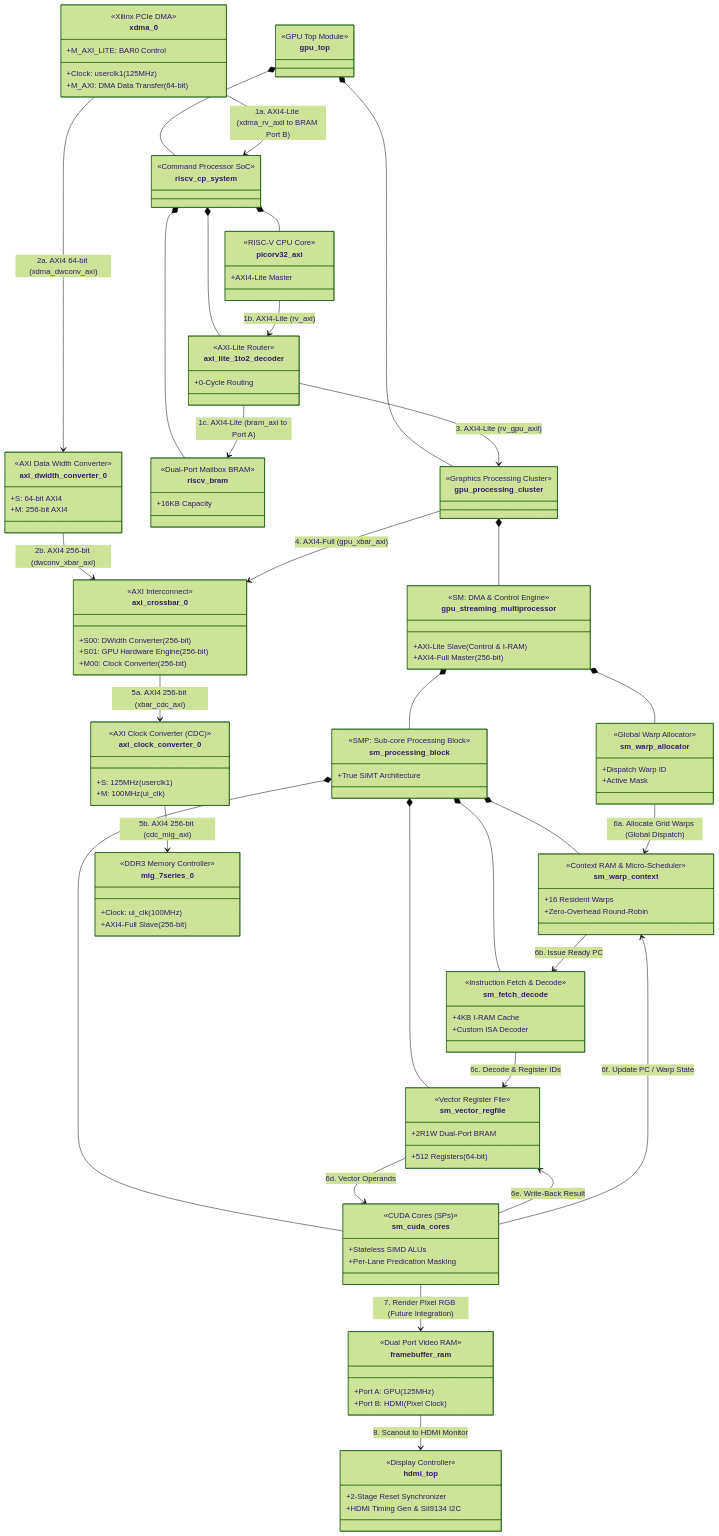
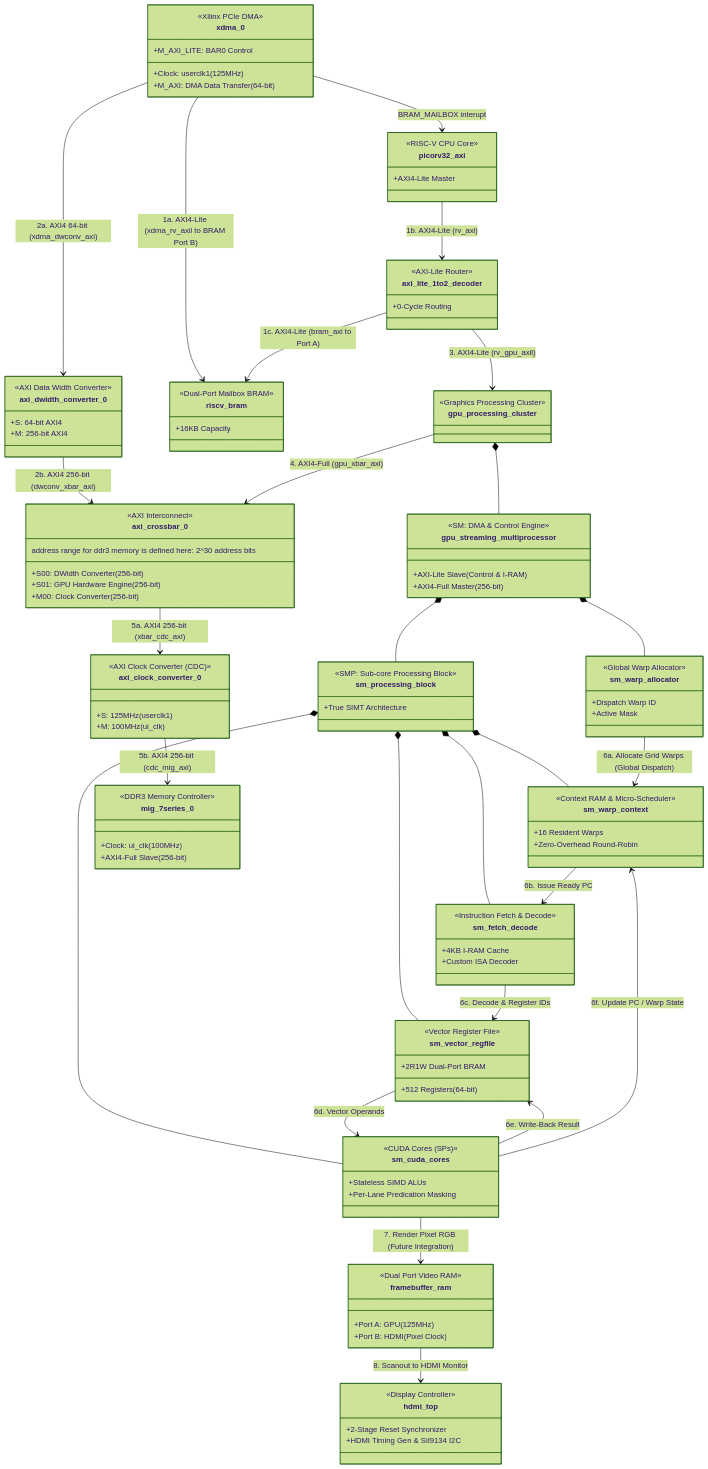
One commit to James-Lu-none/fpga-gpu changed the diagram in architecture.mmd. Above: the diagram before and after it, drawn with Mermaid (forest theme).

Commit message:
clean up architecture diagram

```diff
--- a/architecture.mmd
+++ b/architecture.mmd
@@ -1,159 +1,145 @@
 classDiagram
     direction TB
 
     class xdma_0 {
         <<Xilinx PCIe DMA>>
         +Clock: userclk1 (125MHz)
         +M_AXI_LITE: BAR0 Control
         +M_AXI: DMA Data Transfer (64-bit)
     }
 
-    class gpu_top {
-        <<GPU Top Module>>
-    }
-
     class gpu_processing_cluster {
         <<Graphics Processing Cluster>>
-    }
-
-    class riscv_cp_system {
-        <<Command Processor SoC>>
     }
 
     class picorv32_axi {
         <<RISC-V CPU Core>>
         +AXI4-Lite Master
     }
 
     class axi_lite_1to2_decoder {
         <<AXI-Lite Router>>
         +0-Cycle Routing
     }
 
     class riscv_bram {
         <<Dual-Port Mailbox BRAM>>
         +16KB Capacity
     }
 
     class gpu_streaming_multiprocessor {
         <<SM: DMA & Control Engine>>
         +AXI-Lite Slave (Control & I-RAM)
         +AXI4-Full Master (256-bit)
     }
     
     class sm_warp_allocator {
         <<Global Warp Allocator>>
         +Dispatch Warp ID
         +Active Mask
     }
 
     class sm_processing_block {
         <<SMP: Sub-core Processing Block>>
         +True SIMT Architecture
     }
 
     class sm_warp_context {
         <<Context RAM & Micro-Scheduler>>
         +16 Resident Warps
         +Zero-Overhead Round-Robin
     }
 
     class sm_fetch_decode {
         <<Instruction Fetch & Decode>>
         +4KB I-RAM Cache
         +Custom ISA Decoder
     }
 
     class sm_vector_regfile {
         <<Vector Register File>>
         +2R1W Dual-Port BRAM
         +512 Registers (64-bit)
     }
 
     class sm_cuda_cores {
         <<CUDA Cores (SPs)>>
         +Stateless SIMD ALUs
         +Per-Lane Predication Masking
     }
 
     class axi_dwidth_converter_0 {
         <<AXI Data Width Converter>>
         +S: 64-bit AXI4
         +M: 256-bit AXI4
     }
 
     class axi_crossbar_0 {
         <<AXI Interconnect>>
+        address range for ddr3 memory is defined here: 2^30 address bits
         +S00: DWidth Converter (256-bit)
         +S01: GPU Hardware Engine (256-bit)
         +M00: Clock Converter (256-bit)
     }
     
     class axi_clock_converter_0 {
         <<AXI Clock Converter (CDC)>>
         +S: 125MHz (userclk1)
         +M: 100MHz (ui_clk)
     }
 
     class mig_7series_0 {
         <<DDR3 Memory Controller>>
         +Clock: ui_clk (100MHz)
         +AXI4-Full Slave (256-bit)
     }
 
     class framebuffer_ram {
         <<Dual Port Video RAM>>
         +Port A: GPU (125MHz)
         +Port B: HDMI (Pixel Clock)
     }
 
     class hdmi_top {
         <<Display Controller>>
         +2-Stage Reset Synchronizer
         +HDMI Timing Gen & SiI9134 I2C
     }
-
-    %% Component Containment (Sub-modules)
-    gpu_top *-- riscv_cp_system
-    gpu_top *-- gpu_processing_cluster
     
     gpu_processing_cluster *-- gpu_streaming_multiprocessor
-
-    riscv_cp_system *-- picorv32_axi
-    riscv_cp_system *-- axi_lite_1to2_decoder
-    riscv_cp_system *-- riscv_bram
 
     gpu_streaming_multiprocessor *-- sm_warp_allocator
     gpu_streaming_multiprocessor *-- sm_processing_block
 
     sm_processing_block *-- sm_warp_context
     sm_processing_block *-- sm_fetch_decode
     sm_processing_block *-- sm_vector_regfile
     sm_processing_block *-- sm_cuda_cores
 
     %% Data & Control Flow Connections
-    xdma_0 --> riscv_cp_system : 1a. AXI4-Lite (xdma_rv_axil to BRAM Port B)
+    xdma_0 --> riscv_bram : 1a. AXI4-Lite (xdma_rv_axil to BRAM Port B)
+    xdma_0 --> picorv32_axi : BRAM_MAILBOX interupt
     picorv32_axi --> axi_lite_1to2_decoder : 1b. AXI4-Lite (rv_axi)
     axi_lite_1to2_decoder --> riscv_bram : 1c. AXI4-Lite (bram_axi to Port A)
     
     xdma_0 --> axi_dwidth_converter_0 : 2a. AXI4 64-bit (xdma_dwconv_axi)
     axi_dwidth_converter_0 --> axi_crossbar_0 : 2b. AXI4 256-bit (dwconv_xbar_axi)
     
     axi_lite_1to2_decoder --> gpu_processing_cluster : 3. AXI4-Lite (rv_gpu_axil)
     
     gpu_processing_cluster --> axi_crossbar_0 : 4. AXI4-Full (gpu_xbar_axi)
     
     axi_crossbar_0 --> axi_clock_converter_0 : 5a. AXI4 256-bit (xbar_cdc_axi)
     axi_clock_converter_0 --> mig_7series_0 : 5b. AXI4 256-bit (cdc_mig_axi)
     
     %% Internal SM Execution Flow
     sm_warp_allocator --> sm_warp_context : 6a. Allocate Grid Warps (Global Dispatch)
     sm_warp_context --> sm_fetch_decode : 6b. Issue Ready PC
     sm_fetch_decode --> sm_vector_regfile : 6c. Decode & Register IDs
     sm_vector_regfile --> sm_cuda_cores : 6d. Vector Operands
     sm_cuda_cores --> sm_vector_regfile : 6e. Write-Back Result
     sm_cuda_cores --> sm_warp_context : 6f. Update PC / Warp State
     
     %% Output
     sm_cuda_cores --> framebuffer_ram : 7. Render Pixel RGB (Future Integration)
     framebuffer_ram --> hdmi_top : 8. Scanout to HDMI Monitor
```
